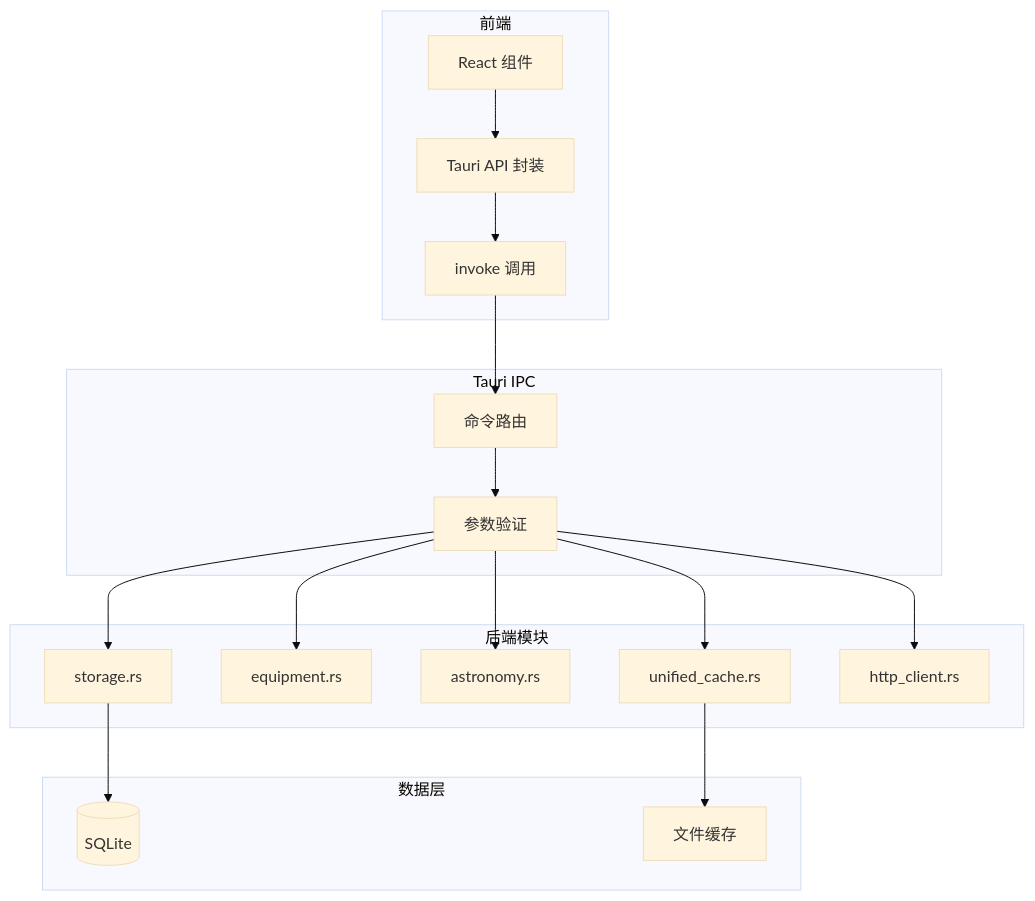
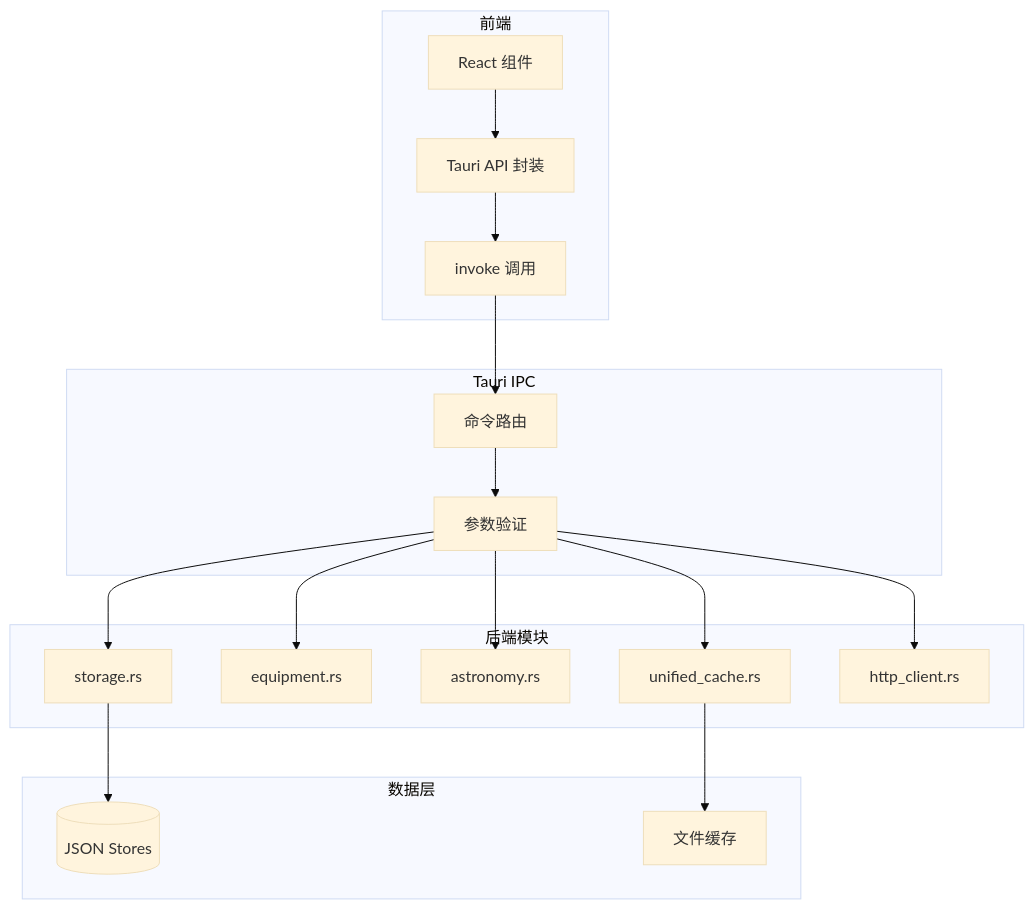
Before and after one commit to AstroAir/skymap-test: the diagram in docs/developer-guide/apis/backend-apis/index.md, drawn with Mermaid (base theme). The commit also changed 12 other files, not shown here.

````diff
--- a/docs/developer-guide/apis/backend-apis/index.md
+++ b/docs/developer-guide/apis/backend-apis/index.md
@@ -7,25 +7,25 @@
 ```mermaid
 graph TD
     subgraph 前端
         A[React 组件] --> B[Tauri API 封装]
         B --> C[invoke 调用]
     end
 
     subgraph Tauri IPC
         C --> D[命令路由]
         D --> E[参数验证]
     end
 
     subgraph 后端模块
         E --> F[storage.rs]
         E --> G[equipment.rs]
         E --> H[astronomy.rs]
         E --> I[unified_cache.rs]
         E --> J[http_client.rs]
     end
 
     subgraph 数据层
-        F --> K[(SQLite)]
+        F --> K[(JSON Stores)]
         I --> L[文件缓存]
     end
 ```
````
